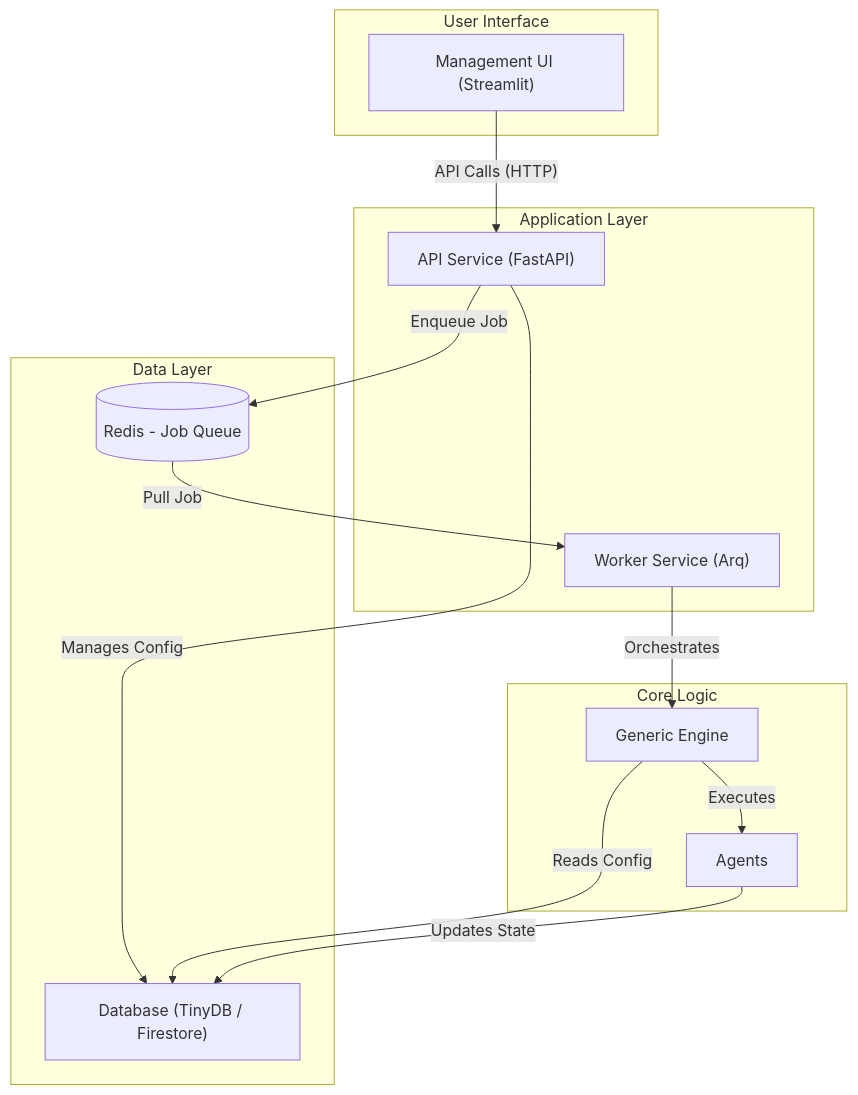
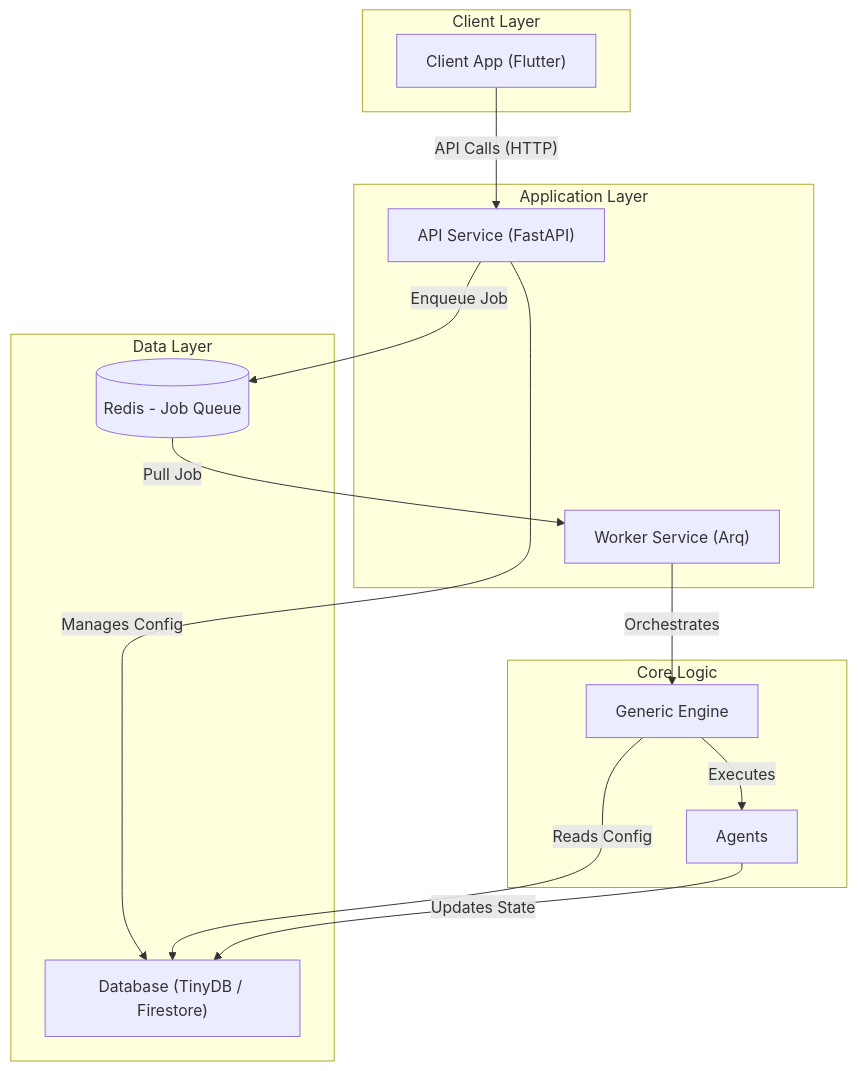
Before and after one commit to launis/quorum: the diagram in docs/management_architecture.md, drawn with Mermaid. The commit also changed other lines of this file and 64 other files, not shown here.

````diff
--- a/docs/management_architecture.md
+++ b/docs/management_architecture.md
@@ -13,27 +13,27 @@
 ```mermaid
 graph TD
-    subgraph "User Interface"
-        A["Management UI (Streamlit)"]
+    subgraph "Client Layer"
+        A["Client App (Flutter)"]
     end
     subgraph "Application Layer"
         B["API Service (FastAPI)"]
         W["Worker Service (Arq)"]
     end
     subgraph "Core Logic"
         C["Generic Engine"]
         D["Agents"]
     end
     subgraph "Data Layer"
-        R[(Redis - Job Queue)]
+    	R[(Redis - Job Queue)]
         E["Database (TinyDB / Firestore)"]
     end
 
     A -- API Calls (HTTP) --> B
     B -- Manages Config --> E
     B -- Enqueue Job --> R
     R -- Pull Job --> W
     W -- Orchestrates --> C
     C -- Reads Config --> E
     C -- Executes --> D
     D -- Updates State --> E
 ```
````
